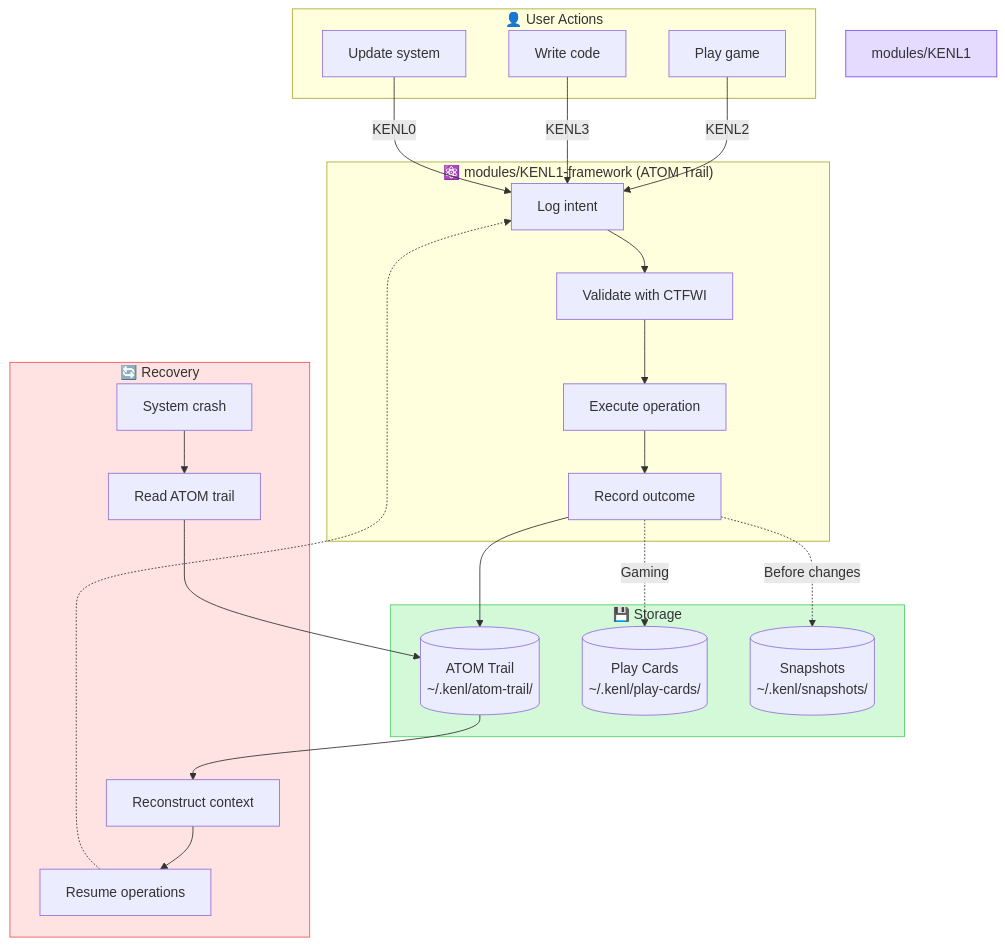
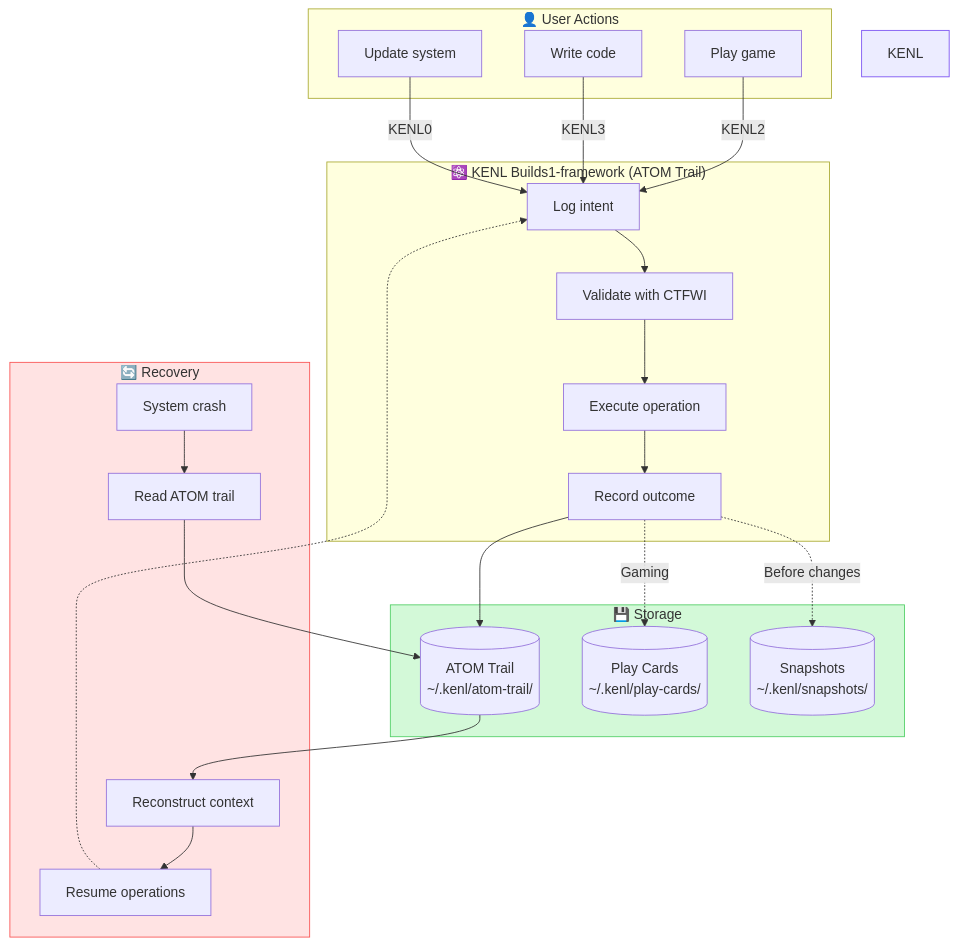
One commit to toolate28/kenl changed the seventh of 9 diagrams in README.md. Above: the diagram before and after it, drawn with Mermaid. The commit also changed other lines of this file, not shown here.

````diff
--- a/README.md
+++ b/README.md
@@ -567,50 +567,50 @@
 ```mermaid
 flowchart TD
     subgraph User["👤 User Actions"]
         A[Play game]
         B[Write code]
         C[Update system]
     end
 
-    subgraph KENL1["⚛️ modules/KENL1-framework (ATOM Trail)"]
+    subgraph KENL1["⚛️ KENL Builds1-framework (ATOM Trail)"]
         D[Log intent]
         E[Validate with CTFWI]
         F[Execute operation]
         G[Record outcome]
     end
 
     subgraph Storage["💾 Storage"]
         H[(ATOM Trail<br/>~/.kenl/atom-trail/)]
         I[(Play Cards<br/>~/.kenl/play-cards/)]
         J[(Snapshots<br/>~/.kenl/snapshots/)]
     end
 
     subgraph Recovery["🔄 Recovery"]
         K[System crash]
         L[Read ATOM trail]
         M[Reconstruct context]
         N[Resume operations]
     end
 
     A -->|KENL2| D
     B -->|KENL3| D
     C -->|KENL0| D
 
     D --> E
     E --> F
     F --> G
 
     G --> H
     G -.->|Gaming| I
     G -.->|Before changes| J
 
     K --> L
     L --> H
     H --> M
     M --> N
     N -.-> D
 
-    style modules/KENL1 fill:#e5dbff,stroke:#7950f2
+    style KENL Builds1 fill:#e5dbff,stroke:#7950f2
     style Storage fill:#d3f9d8,stroke:#51cf66
     style Recovery fill:#ffe3e3,stroke:#fa5252
 ```
````
